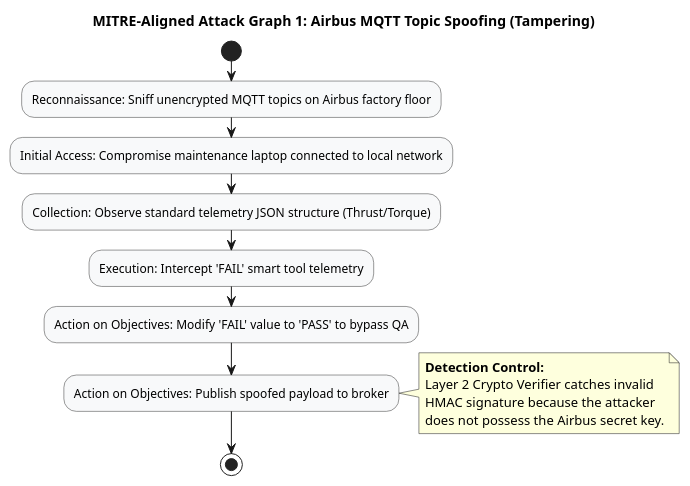
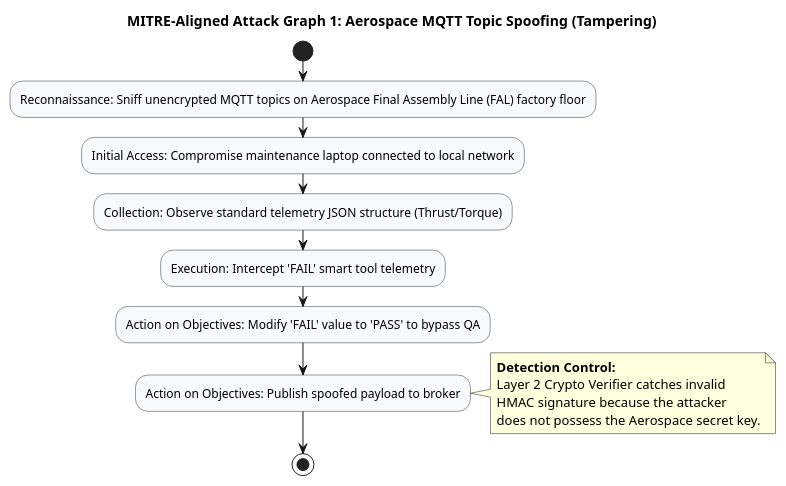
One commit to metgudV/CyberSecurity changed the diagram in diagrams/attack-graph-1.puml. Above: the diagram before and after it, drawn with PlantUML.

Commit message:
Update attack graph title and references to Aerospace

```diff
--- a/diagrams/attack-graph-1.puml
+++ b/diagrams/attack-graph-1.puml
@@ -1,27 +1,27 @@
 @startuml
 skinparam shadowing false
 skinparam backgroundColor #FFFFFF
 skinparam activity {
     BackgroundColor #F8F9FA
     BorderColor #333333
 }
 
-title MITRE-Aligned Attack Graph 1: Airbus MQTT Topic Spoofing (Tampering)
+title MITRE-Aligned Attack Graph 1: Aerospace MQTT Topic Spoofing (Tampering)
 
 start
-:Reconnaissance: Sniff unencrypted MQTT topics on Airbus factory floor;
+:Reconnaissance: Sniff unencrypted MQTT topics on Aerospace Final Assembly Line (FAL) factory floor;
 :Initial Access: Compromise maintenance laptop connected to local network;
 :Collection: Observe standard telemetry JSON structure (Thrust/Torque);
 :Execution: Intercept 'FAIL' smart tool telemetry;
 :Action on Objectives: Modify 'FAIL' value to 'PASS' to bypass QA;
 :Action on Objectives: Publish spoofed payload to broker;
 
 note right
   **Detection Control:** 
   Layer 2 Crypto Verifier catches invalid 
   HMAC signature because the attacker 
-  does not possess the Airbus secret key.
+  does not possess the Aerospace secret key.
 end note
 
 stop
 @enduml
```
